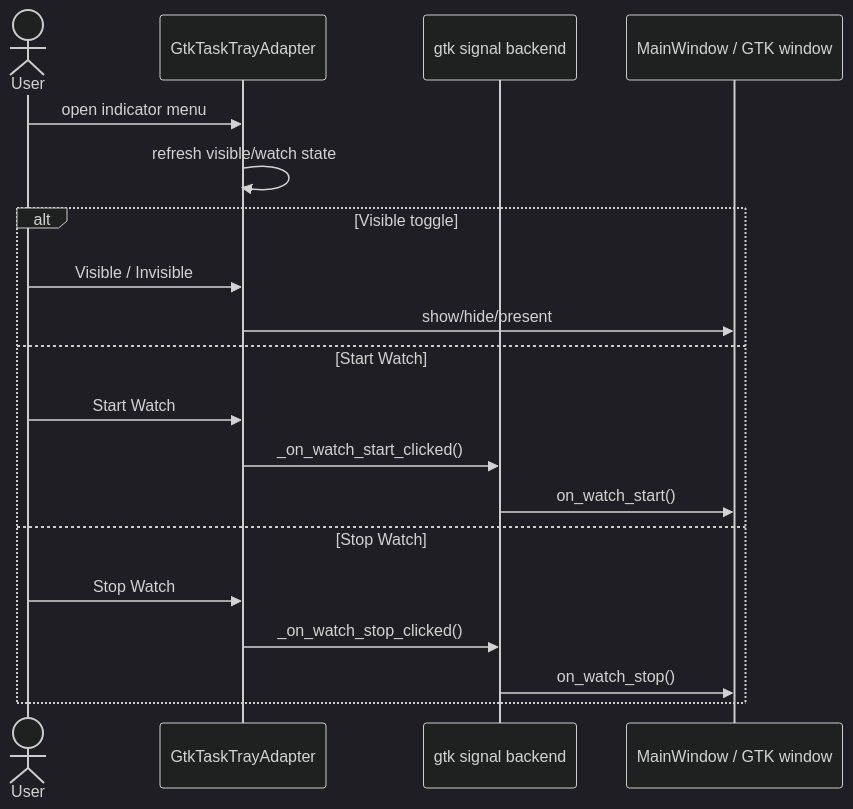
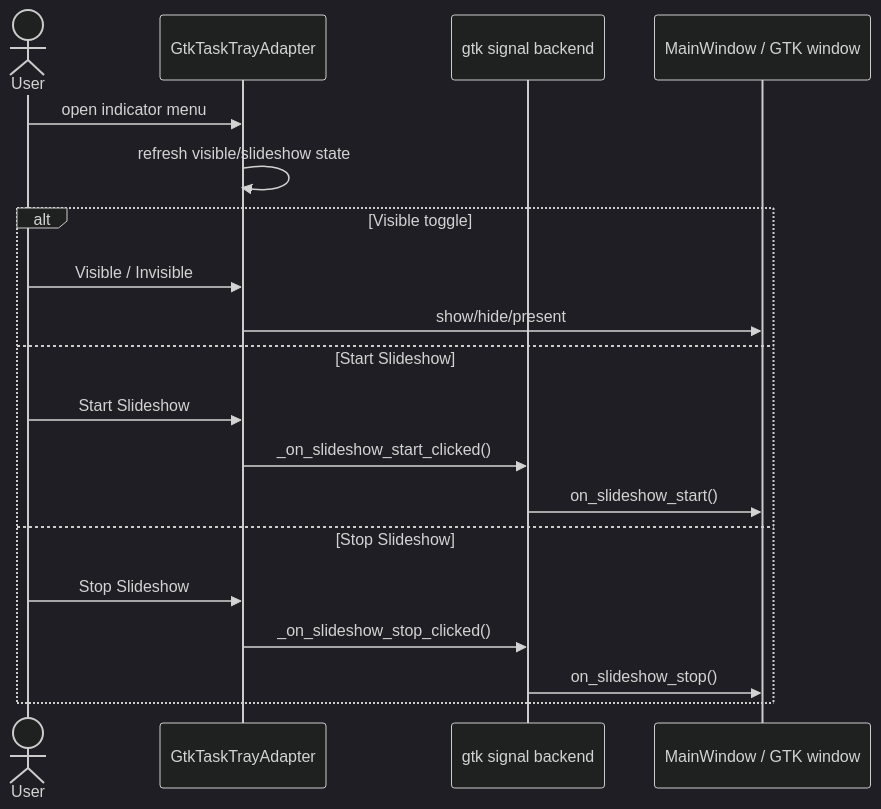
The third of 3 diagrams in docs/specs/gui/harite-gui-spec.md (oggy8021/Harite), drawn with Mermaid (dark theme) before and after one commit. The commit also changed other lines of this file and 37 other files, not shown here.

````diff
--- a/docs/specs/gui/harite-gui-spec.md
+++ b/docs/specs/gui/harite-gui-spec.md
@@ -111,23 +111,23 @@
 ```mermaid
 sequenceDiagram
     actor User
     participant Tray as GtkTaskTrayAdapter
     participant Backend as gtk signal backend
     participant Window as MainWindow / GTK window
 
     User->>Tray: open indicator menu
-    Tray->>Tray: refresh visible/watch state
+    Tray->>Tray: refresh visible/slideshow state
 
     alt Visible toggle
         User->>Tray: Visible / Invisible
         Tray->>Window: show/hide/present
-    else Start Watch
-        User->>Tray: Start Watch
-        Tray->>Backend: _on_watch_start_clicked()
-        Backend->>Window: on_watch_start()
-    else Stop Watch
-        User->>Tray: Stop Watch
-        Tray->>Backend: _on_watch_stop_clicked()
-        Backend->>Window: on_watch_stop()
+    else Start Slideshow
+      User->>Tray: Start Slideshow
+      Tray->>Backend: _on_slideshow_start_clicked()
+      Backend->>Window: on_slideshow_start()
+    else Stop Slideshow
+      User->>Tray: Stop Slideshow
+      Tray->>Backend: _on_slideshow_stop_clicked()
+      Backend->>Window: on_slideshow_stop()
     end
 ```
````
